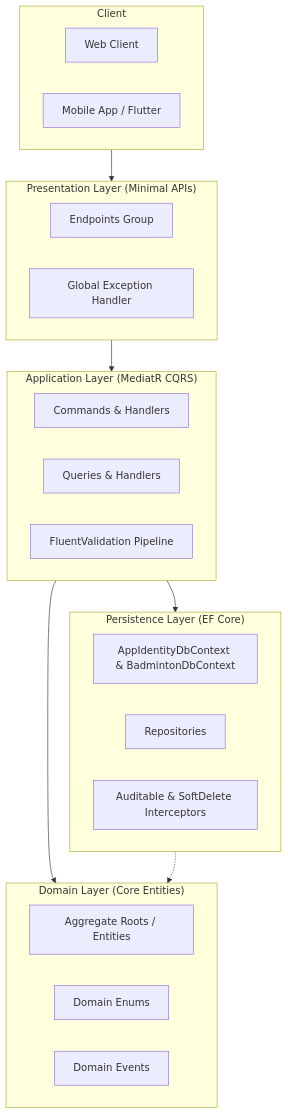
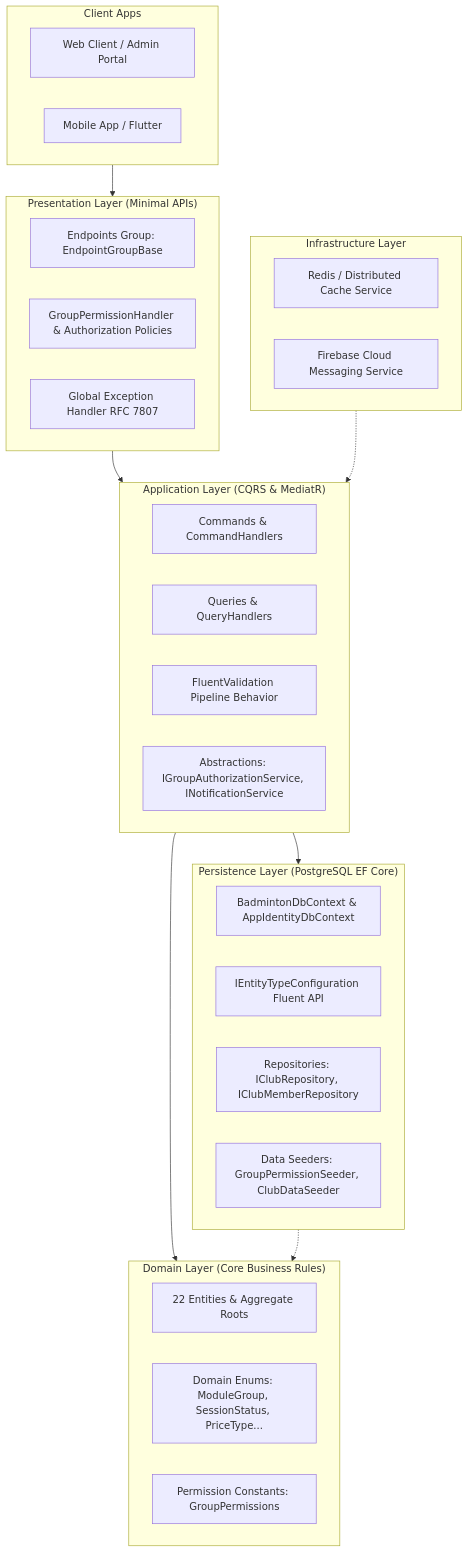
Before and after one commit to GunDx2k4/KLTN2026: the first of 2 diagrams in docs/DEVELOPMENT_GUIDE.md, drawn with Mermaid. The commit also changed other lines of this file and 142 other files, not shown here.

Commit message:
feat: implement UC01 register, UC02 login & session management, clean seeders and rebuild 22-table domain ERD

````diff
--- a/docs/DEVELOPMENT_GUIDE.md
+++ b/docs/DEVELOPMENT_GUIDE.md
@@ -21,36 +21,45 @@
 ```mermaid
 flowchart TB
-    subgraph Client
-        Web[Web Client]
+    subgraph Client ["Client Apps"]
+        Web[Web Client / Admin Portal]
         Mobile[Mobile App / Flutter]
     end
 
     subgraph Presentation ["Presentation Layer (Minimal APIs)"]
-        Endpoints[Endpoints Group]
-        Middlewares[Global Exception Handler]
+        Endpoints[Endpoints Group: EndpointGroupBase]
+        Security[GroupPermissionHandler & Authorization Policies]
+        Middlewares[Global Exception Handler RFC 7807]
     end
 
-    subgraph Application ["Application Layer (MediatR CQRS)"]
-        Commands[Commands & Handlers]
-        Queries[Queries & Handlers]
-        Validators[FluentValidation Pipeline]
+    subgraph Application ["Application Layer (CQRS & MediatR)"]
+        Commands[Commands & CommandHandlers]
+        Queries[Queries & QueryHandlers]
+        Validators[FluentValidation Pipeline Behavior]
+        Abstractions[Abstractions: IGroupAuthorizationService, INotificationService]
     end
 
-    subgraph Domain ["Domain Layer (Core Entities)"]
-        Aggregates[Aggregate Roots / Entities]
-        Enums[Domain Enums]
-        Events[Domain Events]
+    subgraph Domain ["Domain Layer (Core Business Rules)"]
+        Entities[22 Entities & Aggregate Roots]
+        Enums[Domain Enums: ModuleGroup, SessionStatus, PriceType...]
+        Constants[Permission Constants: GroupPermissions]
     end
 
-    subgraph Persistence ["Persistence Layer (EF Core)"]
-        DbContexts[AppIdentityDbContext & BadmintonDbContext]
-        Repos[Repositories]
-        Interceptors[Auditable & SoftDelete Interceptors]
+    subgraph Persistence ["Persistence Layer (PostgreSQL EF Core)"]
+        DbContext[BadmintonDbContext & AppIdentityDbContext]
+        Configurations[IEntityTypeConfiguration<T> Fluent API]
+        Repos[Repositories: IClubRepository, IClubMemberRepository]
+        Seeders[Data Seeders: GroupPermissionSeeder, ClubDataSeeder]
+    end
+
+    subgraph Infrastructure ["Infrastructure Layer"]
+        Cache[Redis / Distributed Cache Service]
+        FCM[Firebase Cloud Messaging Service]
     end
 
     Client --> Presentation
     Presentation --> Application
     Application --> Domain
     Persistence -.-> Domain
     Application --> Persistence
+    Infrastructure -.-> Application
 ```
````
